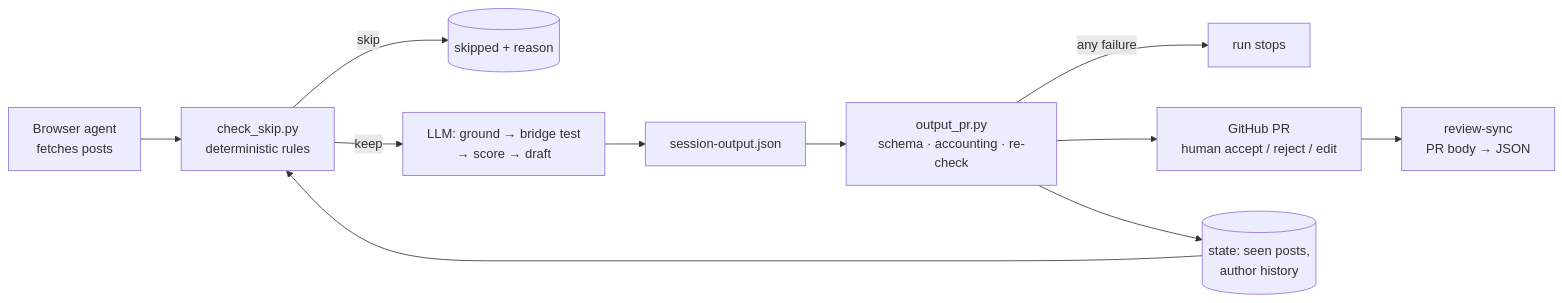
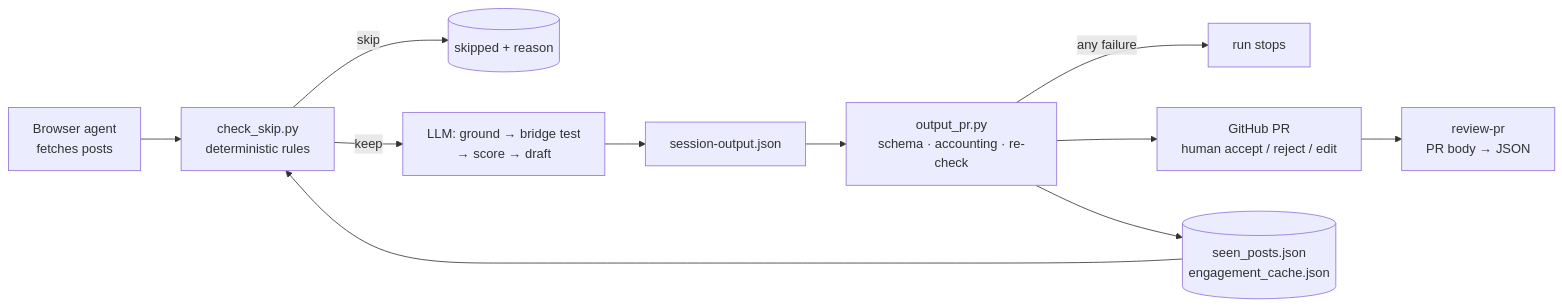
The diagram in README.md (jinsyl123/x-engagement-agent), drawn with Mermaid before and after one commit. The commit also changed other lines of this file and 30 other files, not shown here.

````diff
--- a/README.md
+++ b/README.md
@@ -13,13 +13,13 @@
 ```mermaid
 flowchart LR
     A[Browser agent<br/>fetches posts] --> B[check_skip.py<br/>deterministic rules]
     B -->|skip| S[(skipped + reason)]
     B -->|keep| C[LLM: ground → bridge test<br/>→ score → draft]
     C --> D[session-output.json]
     D --> E[output_pr.py<br/>schema · accounting · re-check]
     E -->|any failure| X[run stops]
     E --> F[GitHub PR<br/>human accept / reject / edit]
-    F --> G[review-sync<br/>PR body → JSON]
-    E --> M[(state: seen posts,<br/>author history)]
+    F --> G[review-pr<br/>PR body → JSON]
+    E --> M[(seen_posts.json<br/>engagement_cache.json)]
     M --> B
 ```
````
